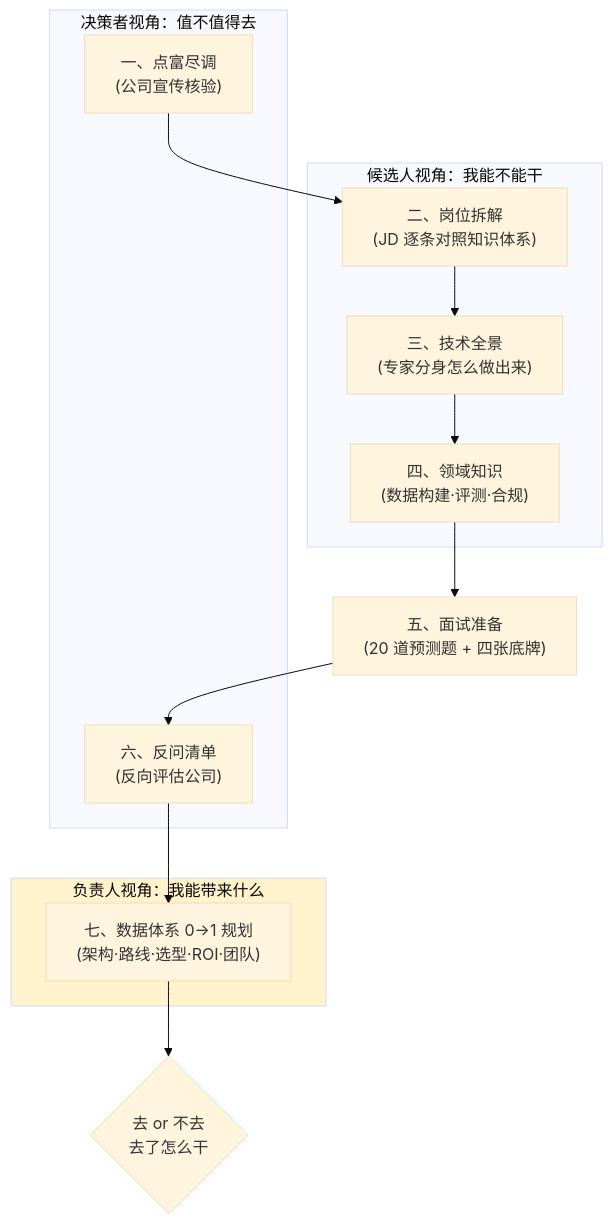
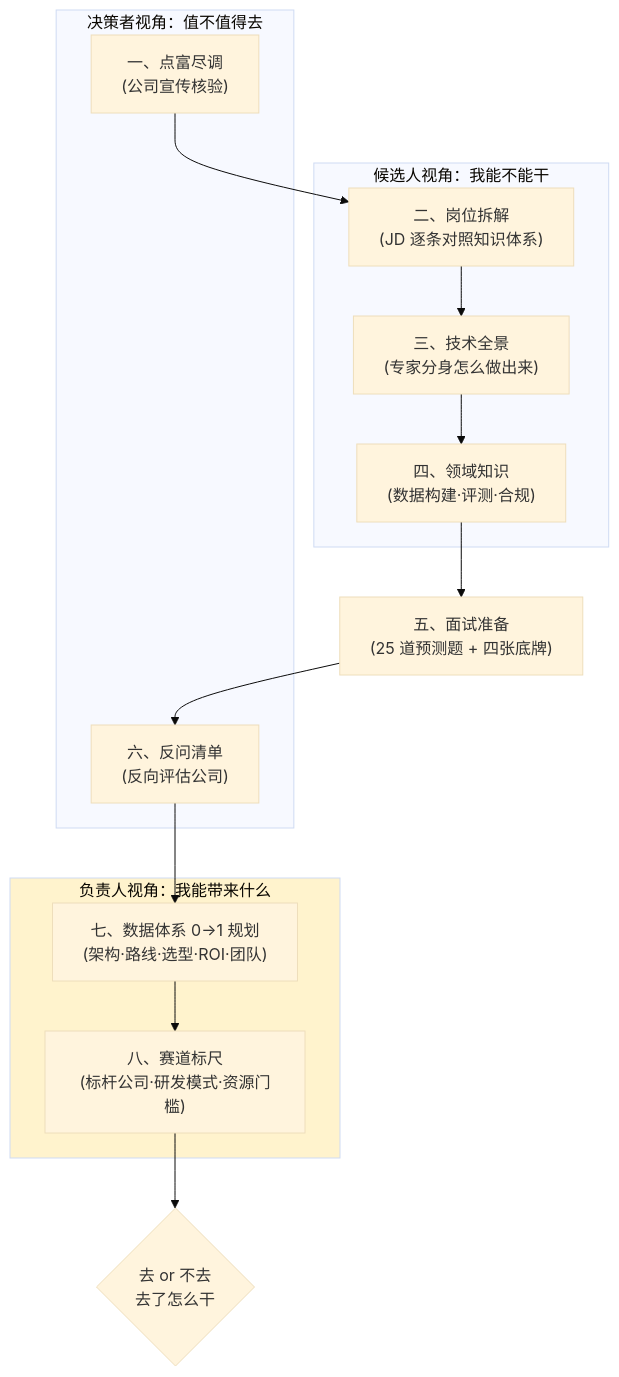
One commit to LiPingjiang/Full-Stack-Knowledge-Book changed the first of 16 diagrams in part7-ai-engineering/12-案例-点富科技大模型数据评测岗.md. Above: the diagram before and after it, drawn with Mermaid (base theme). The commit also changed other lines of this file and 2 other files, not shown here.

````diff
--- a/part7-ai-engineering/12-案例-点富科技大模型数据评测岗.md
+++ b/part7-ai-engineering/12-案例-点富科技大模型数据评测岗.md
@@ -29,21 +29,22 @@
 ```mermaid
 flowchart TD
     subgraph S1["候选人视角：我能不能干"]
         B["二、岗位拆解<br/>(JD 逐条对照知识体系)"]
         C["三、技术全景<br/>(专家分身怎么做出来)"]
         D["四、领域知识<br/>(数据构建·评测·合规)"]
     end
     subgraph S2["决策者视角：值不值得去"]
         A["一、点富尽调<br/>(公司宣传核验)"]
         F["六、反问清单<br/>(反向评估公司)"]
     end
     subgraph S3["负责人视角：我能带来什么"]
         G["七、数据体系 0→1 规划<br/>(架构·路线·选型·ROI·团队)"]
+        I["八、赛道标尺<br/>(标杆公司·研发模式·资源门槛)"]
     end
 
-    A --> B --> C --> D --> E["五、面试准备<br/>(20 道预测题 + 四张底牌)"]
-    E --> F --> G
-    G --> H{"去 or 不去<br/>去了怎么干"}
+    A --> B --> C --> D --> E["五、面试准备<br/>(25 道预测题 + 四张底牌)"]
+    E --> F --> G --> I
+    I --> H{"去 or 不去<br/>去了怎么干"}
 
     style S3 fill:#fff3cd
 ```
````
